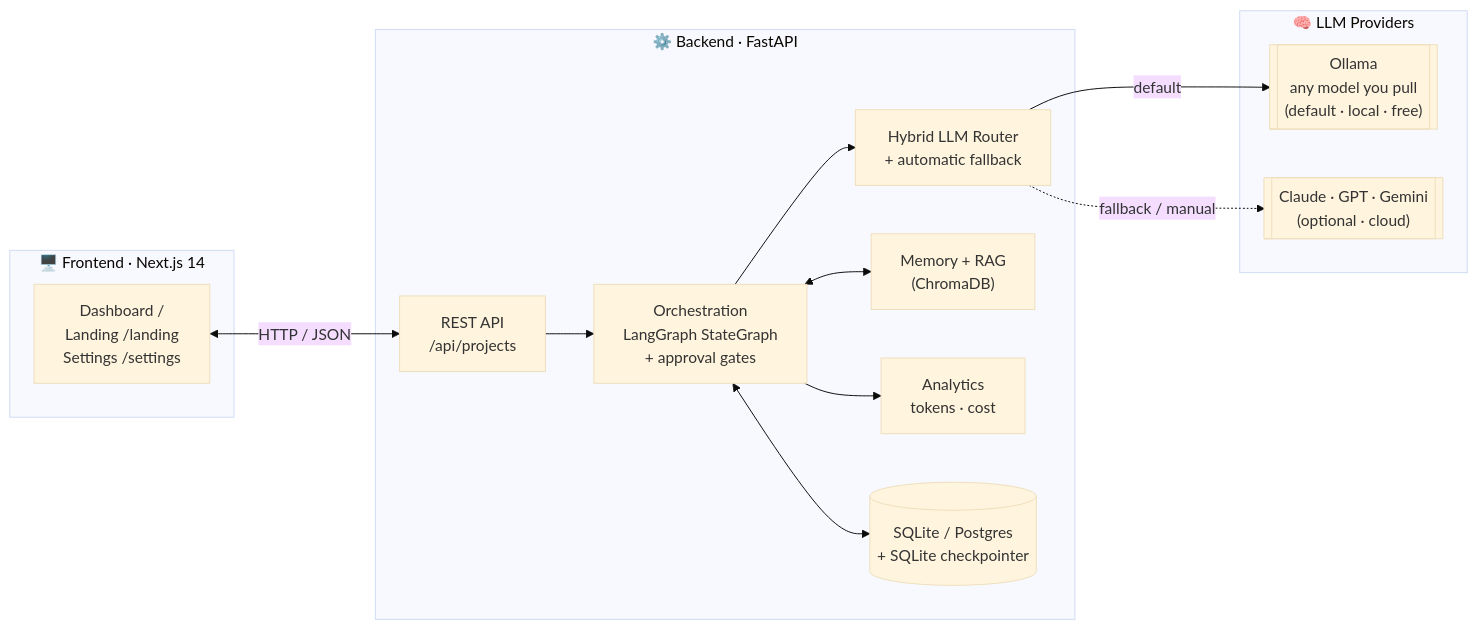
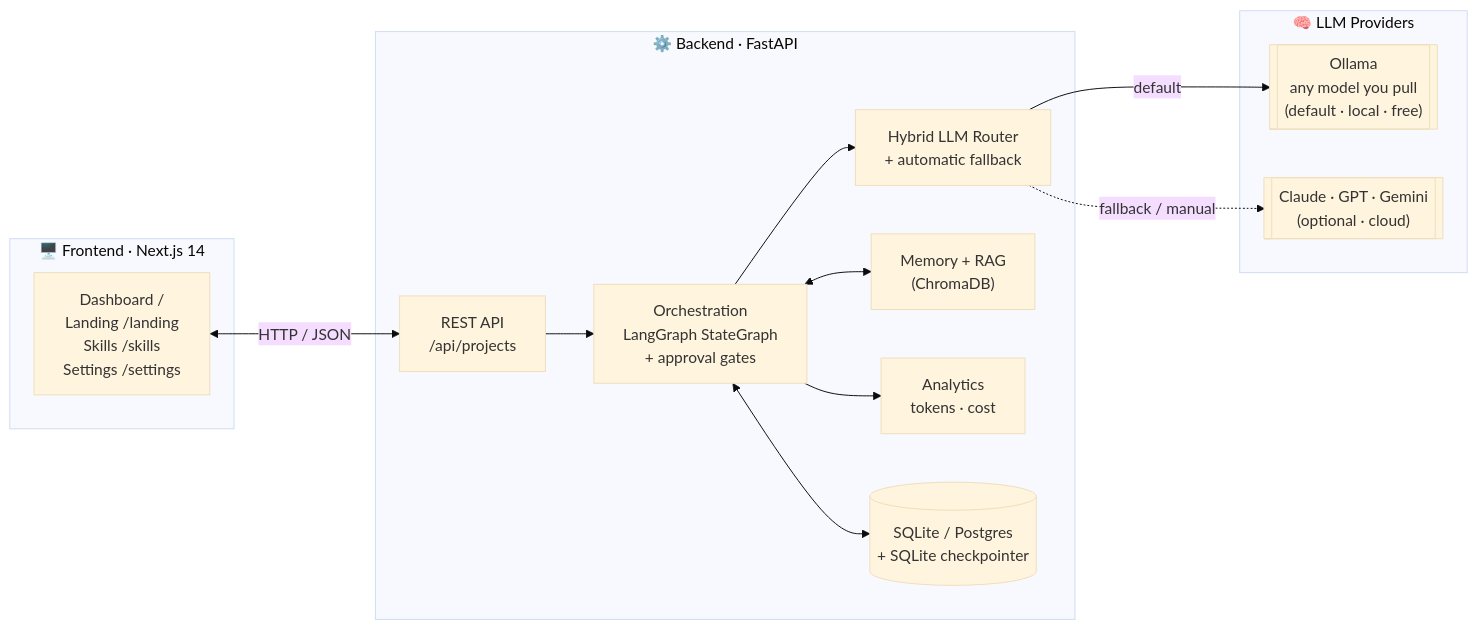
One commit to Sravan466/ai-software-engineering-team changed the first of 3 diagrams in README.md. Above: the diagram before and after it, drawn with Mermaid (base theme). The commit also changed other lines of this file and 40 other files, not shown here.

````diff
--- a/README.md
+++ b/README.md
@@ -17,29 +17,29 @@
 ```mermaid
 flowchart LR
     subgraph Client["🖥️  Frontend · Next.js 14"]
-        UI["Dashboard /<br/>Landing /landing<br/>Settings /settings"]
+        UI["Dashboard /<br/>Landing /landing<br/>Skills /skills<br/>Settings /settings"]
     end
 
     subgraph API["⚙️  Backend · FastAPI"]
         REST["REST API<br/>/api/projects"]
         ORCH["Orchestration<br/>LangGraph StateGraph<br/>+ approval gates"]
         ROUTER["Hybrid LLM Router<br/>+ automatic fallback"]
         MEM["Memory + RAG<br/>(ChromaDB)"]
         ANALYTICS["Analytics<br/>tokens · cost"]
         DB[("SQLite / Postgres<br/>+ SQLite checkpointer")]
     end
 
     subgraph Models["🧠  LLM Providers"]
         OLLAMA[["Ollama<br/>any model you pull<br/>(default · local · free)"]]
         CLOUD[["Claude · GPT · Gemini<br/>(optional · cloud)"]]
     end
 
     UI <-->|HTTP / JSON| REST
     REST --> ORCH
     ORCH --> ROUTER
     ORCH <--> MEM
     ORCH --> ANALYTICS
     ORCH <--> DB
     ROUTER -->|default| OLLAMA
     ROUTER -.->|fallback / manual| CLOUD
 ```
````
